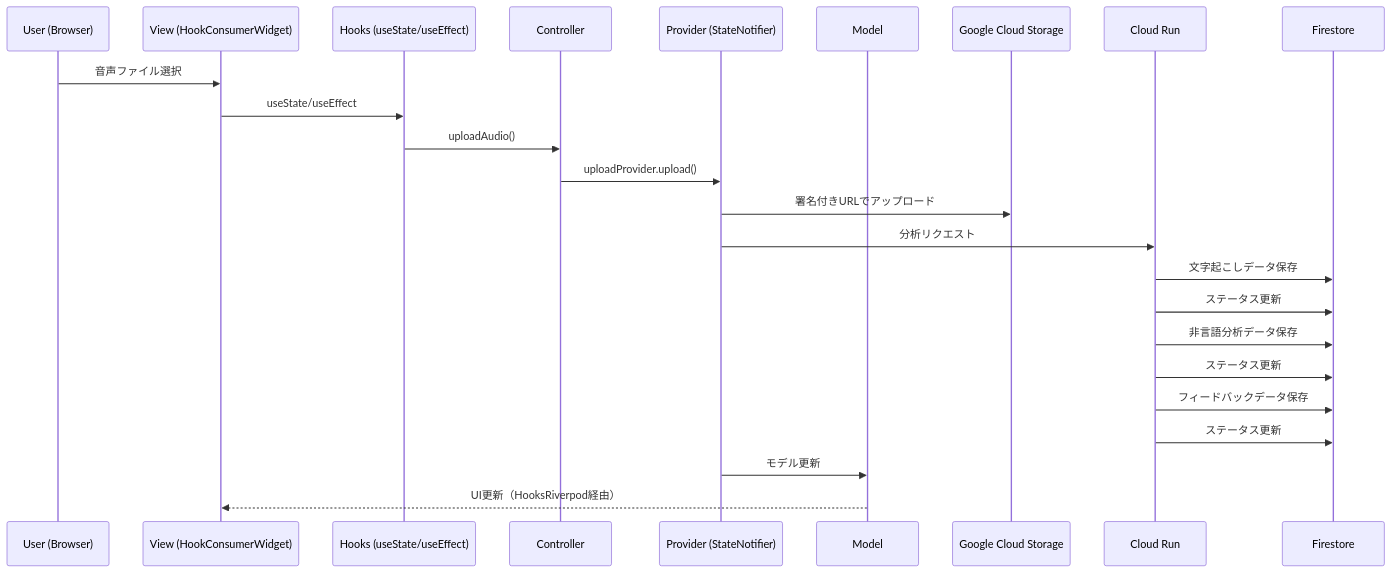
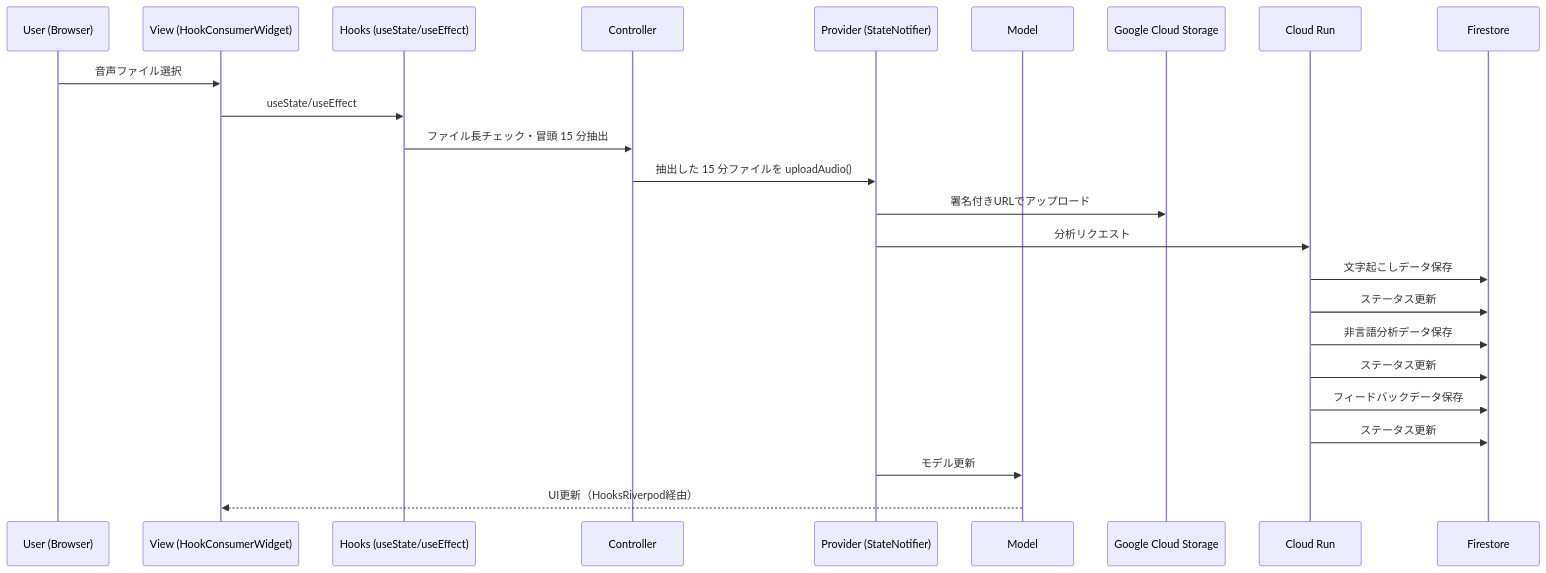
Before and after one commit to GrassVenture/date-feed-back: the first of 2 diagrams in context/mvp/design-doc.md, drawn with Mermaid. The commit also changed other lines of this file and 2 other files, not shown here.

````diff
--- a/context/mvp/design-doc.md
+++ b/context/mvp/design-doc.md
@@ -149,27 +150,27 @@
    ```mermaid
    sequenceDiagram
        participant U as User (Browser)
        participant V as View (HookConsumerWidget)
        participant H as Hooks (useState/useEffect)
        participant C as Controller
        participant P as Provider (StateNotifier)
        participant M as Model
        participant GCS as Google Cloud Storage
        participant CR as Cloud Run
        participant FS as Firestore
 
        U->>V: 音声ファイル選択
        V->>H: useState/useEffect
-       H->>C: uploadAudio()
-       C->>P: uploadProvider.upload()
+       H->>C: ファイル長チェック・冒頭 15 分抽出
+       C->>P: 抽出した 15 分ファイルを uploadAudio()
        P->>GCS: 署名付きURLでアップロード
        P->>CR: 分析リクエスト
        CR->>FS: 文字起こしデータ保存
        CR->>FS: ステータス更新
        CR->>FS: 非言語分析データ保存
        CR->>FS: ステータス更新
        CR->>FS: フィードバックデータ保存
        CR->>FS: ステータス更新
        P->>M: モデル更新
        M-->>V: UI更新（HooksRiverpod経由）
    ```
````
